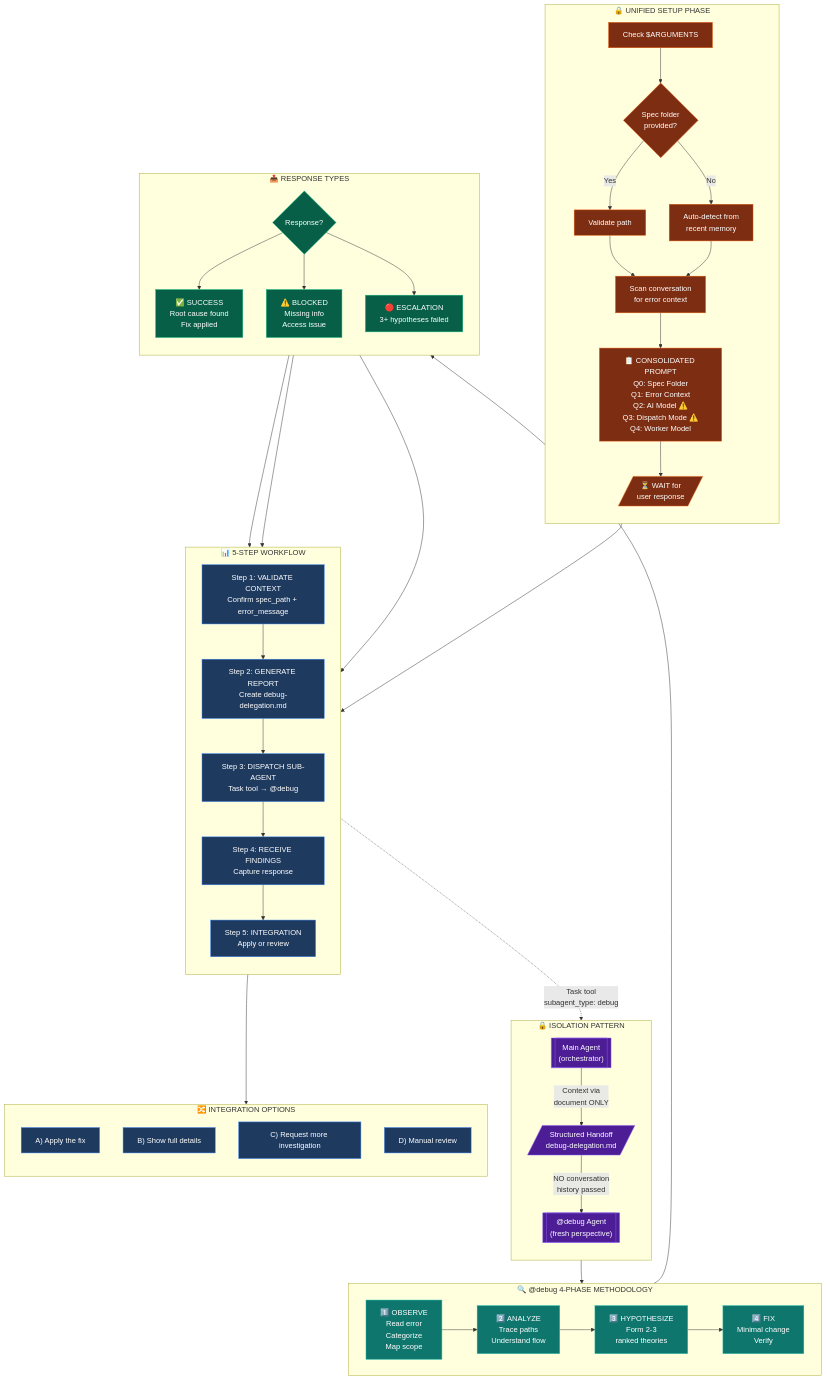
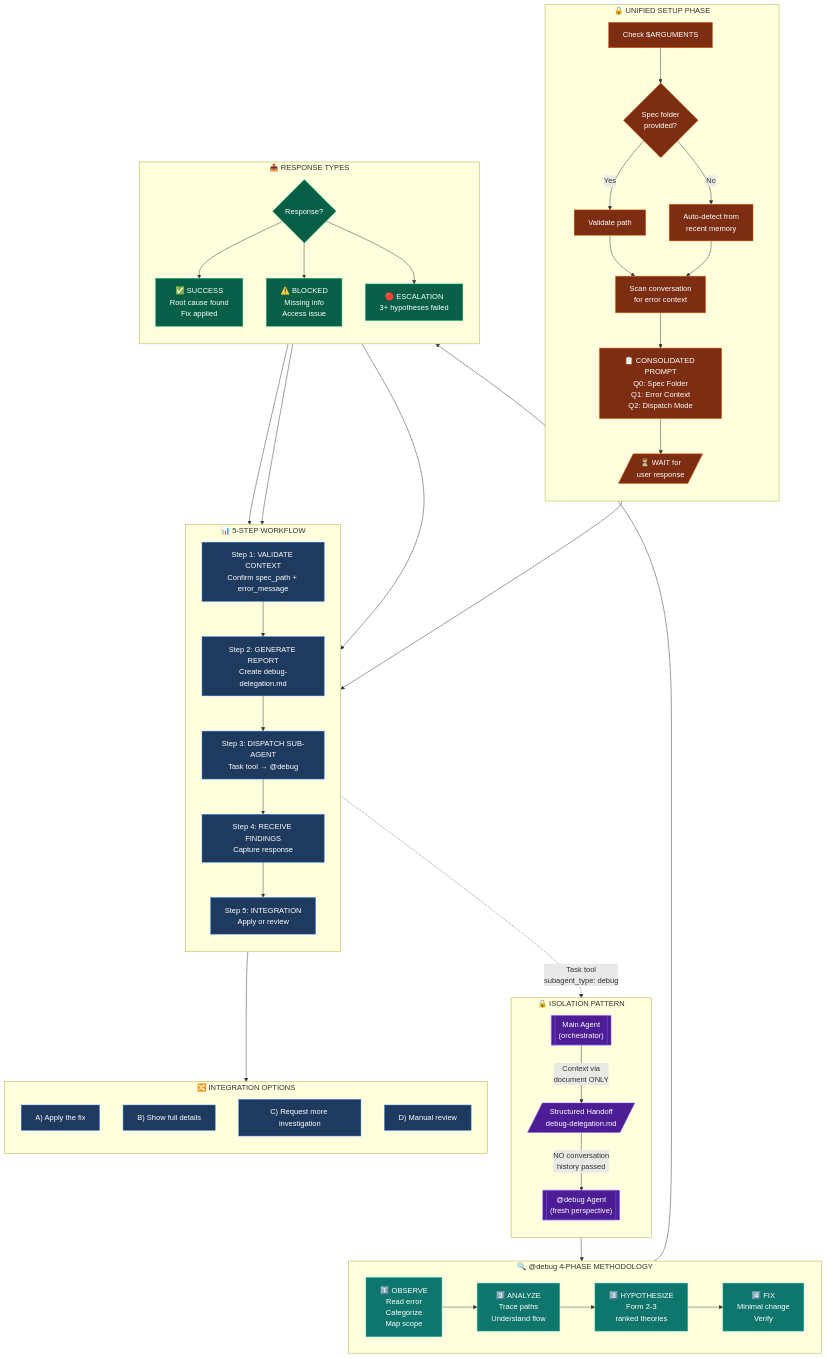
The diagram in .opencode/command/spec_kit/debug.md (MichelKerkmeester/opencode-spec-kit-framework), drawn with Mermaid before and after one commit. The commit also changed other lines of this file and 744 other files, not shown here.

```diff
--- a/.opencode/command/spec_kit/debug.md
+++ b/.opencode/command/spec_kit/debug.md
@@ -251,7 +234,7 @@
         A2 -->|No| A4[Auto-detect from<br/>recent memory]
         A3 --> A5[Scan conversation<br/>for error context]
         A4 --> A5
-        A5 --> A6["📋 CONSOLIDATED PROMPT<br/>Q0: Spec Folder<br/>Q1: Error Context<br/>Q2: AI Model ⚠️<br/>Q3: Dispatch Mode ⚠️<br/>Q4: Worker Model"]
+        A5 --> A6["📋 CONSOLIDATED PROMPT<br/>Q0: Spec Folder<br/>Q1: Error Context<br/>Q2: Dispatch Mode"]
         A6 --> A7[/"⏳ WAIT for<br/>user response"/]
     end
 
```
